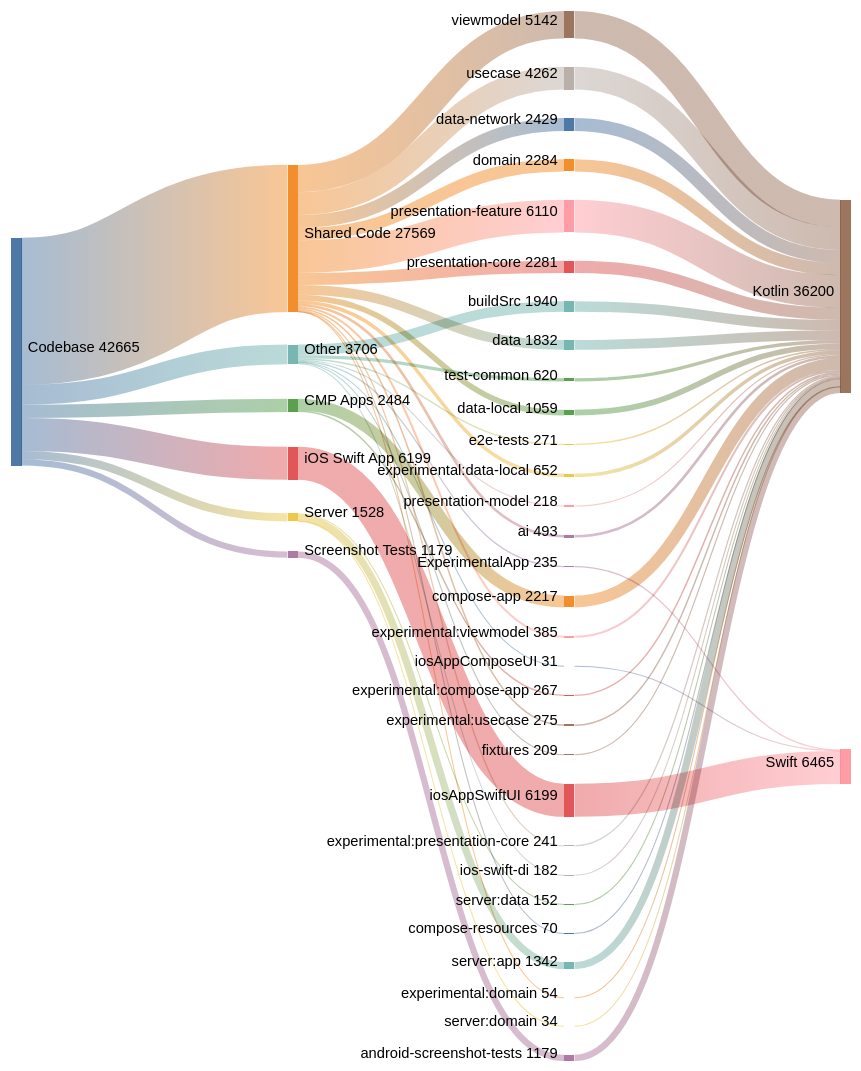
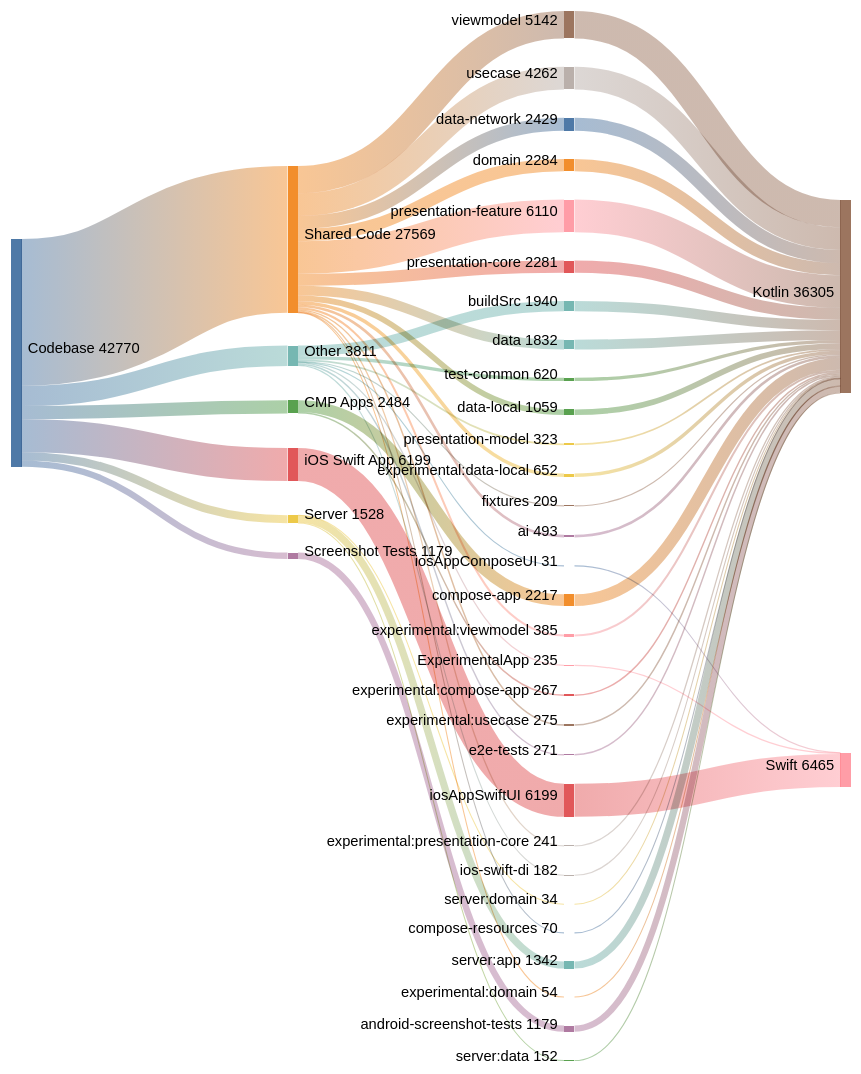
One commit to cartland/battery-butler changed the second of 2 diagrams in README.md. Above: the diagram before and after it, drawn with Mermaid (forest theme). The commit also changed 2 other files, not shown here.

Commit message:
docs(generated): Regenerate architecture diagrams and analysis (#1040)

```diff
--- a/README.md
+++ b/README.md
@@ -217,7 +217,7 @@
 
 Codebase,Shared Code,27569
 Codebase,iOS Swift App,6199
-Codebase,Other,3706
+Codebase,Other,3811
 Codebase,CMP Apps,2484
 Codebase,Server,1528
 Codebase,Screenshot Tests,1179
@@ -242,9 +242,9 @@
 
 Other,buildSrc,1940
 Other,test-common,620
+Other,presentation-model,323
 Other,e2e-tests,271
 Other,ExperimentalApp,235
-Other,presentation-model,218
 Other,fixtures,209
 Other,ios-swift-di,182
 Other,iosAppComposeUI,31
@@ -275,12 +275,12 @@
 test-common,Kotlin,620
 ai,Kotlin,493
 experimental:viewmodel,Kotlin,385
+presentation-model,Kotlin,323
 experimental:usecase,Kotlin,275
 e2e-tests,Kotlin,271
 experimental:compose-app,Kotlin,267
 experimental:presentation-core,Kotlin,241
 ExperimentalApp,Swift,235
-presentation-model,Kotlin,218
 fixtures,Kotlin,209
 ios-swift-di,Kotlin,182
 server:data,Kotlin,152
```
